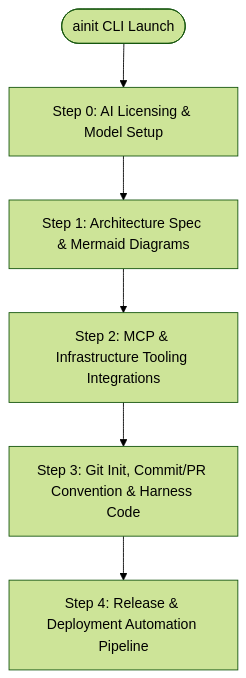
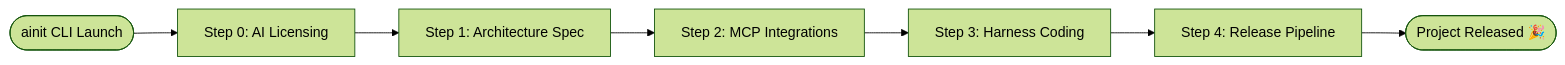
The first of 4 diagrams in README.md (myeong-han/ainit), drawn with Mermaid (forest theme) before and after one commit. The commit also changed other lines of this file and 1 other file, not shown here.

Commit message:
docs: split monolithic mermaid diagram into clear modular sub-diagrams

````diff
--- a/README.md
+++ b/README.md
@@ -21,8 +22,9 @@
 ```mermaid
-flowchart TD
-    Start([ainit CLI Launch]) --> Step0[Step 0: AI Licensing & Model Setup]
-    Step0 --> Step1[Step 1: Architecture Spec & Mermaid Diagrams]
-    Step1 --> Step2[Step 2: MCP & Infrastructure Tooling Integrations]
-    Step2 --> Step3[Step 3: Git Init, Commit/PR Convention & Harness Code]
-    Step3 --> Step4[Step 4: Release & Deployment Automation Pipeline]
+flowchart LR
+    Start([ainit CLI Launch]) --> S0[Step 0: AI Licensing]
+    S0 --> S1[Step 1: Architecture Spec]
+    S1 --> S2[Step 2: MCP Integrations]
+    S2 --> S3[Step 3: Harness Coding]
+    S3 --> S4[Step 4: Release Pipeline]
+    S4 --> End([Project Released 🎉])
 ```
````
